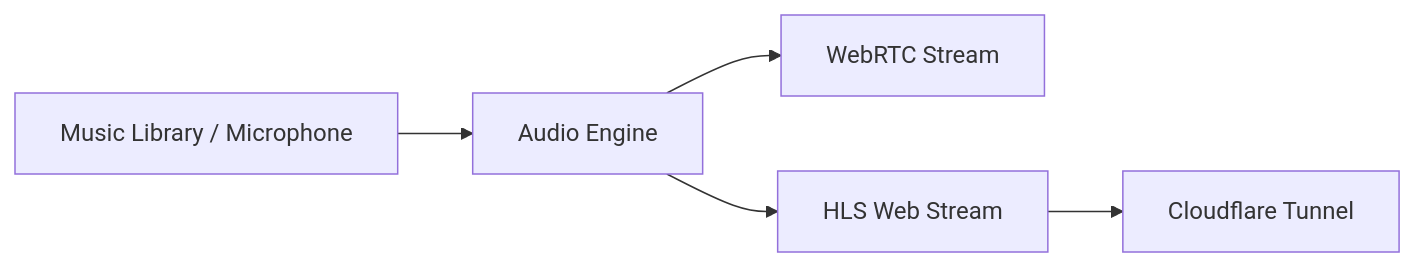
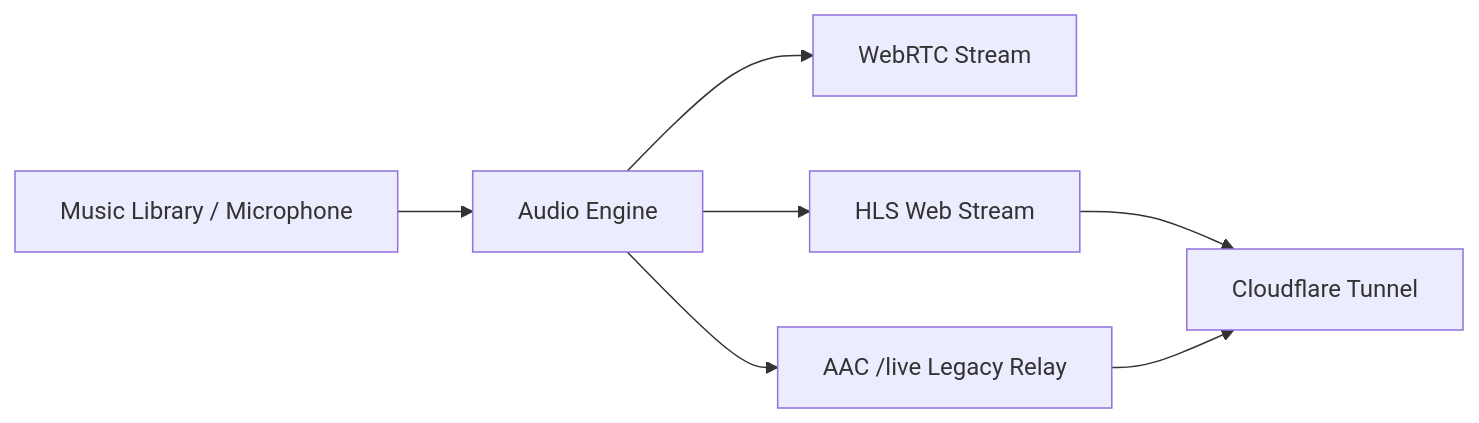
Before and after one commit to rahulbhatara/lsnn-radio: the diagram in README.md, drawn with Mermaid. The commit also changed other lines of this file and 8 other files, not shown here.

First line of the commit message:
feat: add native AAC Icecast relay at /live with GUI toggle and reliability fixes

````diff
--- a/README.md
+++ b/README.md
@@ -21,7 +22,9 @@
 ```mermaid
 flowchart LR
     A[Music Library / Microphone] --> B[Audio Engine]
     B --> C[WebRTC Stream]
     B --> D[HLS Web Stream]
-    D --> E[Cloudflare Tunnel]
+    B --> E[AAC /live Legacy Relay]
+    D --> F[Cloudflare Tunnel]
+    E --> F
 ```
````
